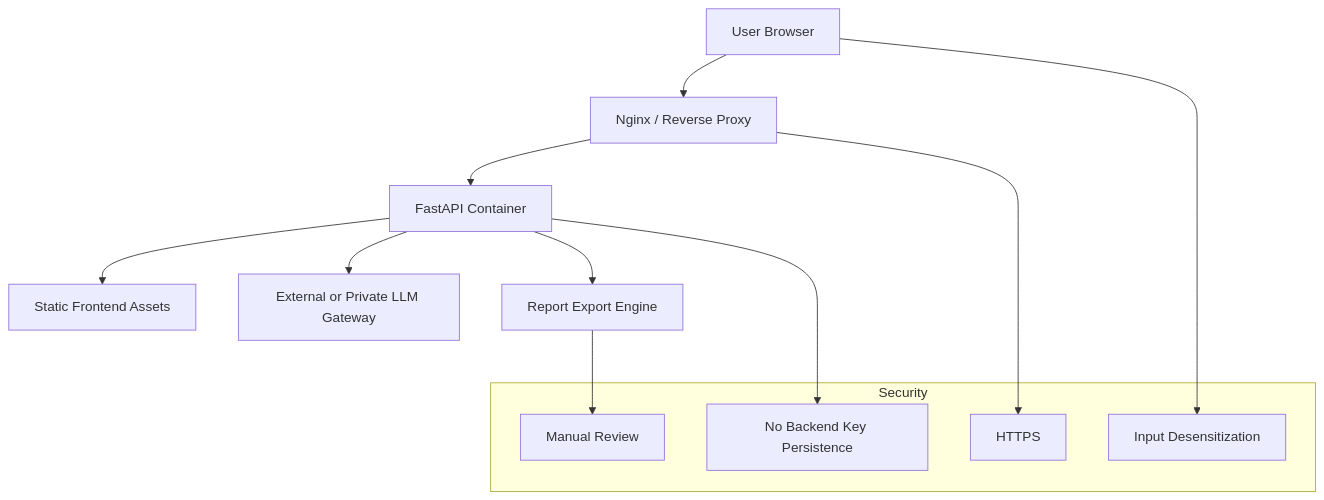
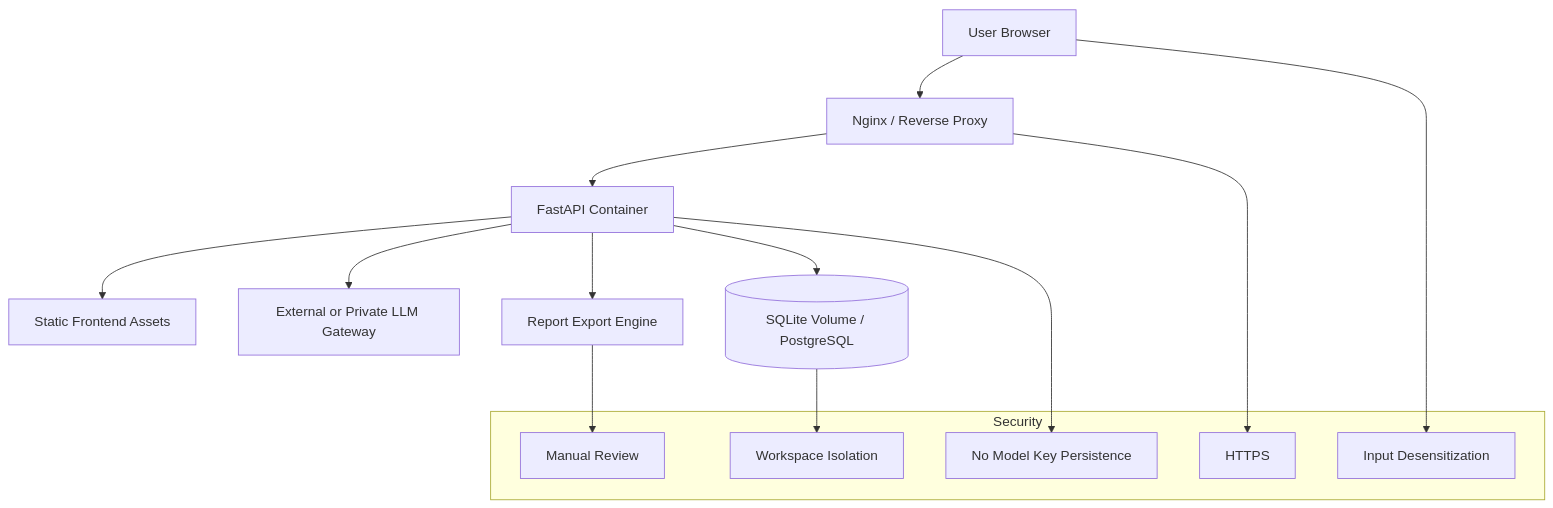
Before and after one commit to liqinglq666/zhilink-tianhe-enterprise-ai-workspace: the sixth of 7 diagrams in README.md, drawn with Mermaid. The commit also changed other lines of this file, not shown here.

Commit message:
docs: clarify explicit project persistence

````diff
--- a/README.md
+++ b/README.md
@@ -551,20 +582,23 @@
 ```mermaid
 flowchart TD
     Browser[User Browser] --> Nginx[Nginx / Reverse Proxy]
     Nginx --> App[FastAPI Container]
     App --> Static[Static Frontend Assets]
     App --> LLM[External or Private LLM Gateway]
     App --> Export[Report Export Engine]
+    App --> DB[(SQLite Volume / PostgreSQL)]
 
     subgraph Security
         S1[HTTPS]
-        S2[No Backend Key Persistence]
+        S2[No Model Key Persistence]
         S3[Input Desensitization]
         S4[Manual Review]
+        S5[Workspace Isolation]
     end
 
     Nginx --> S1
     App --> S2
     Browser --> S3
     Export --> S4
+    DB --> S5
 ```
````
